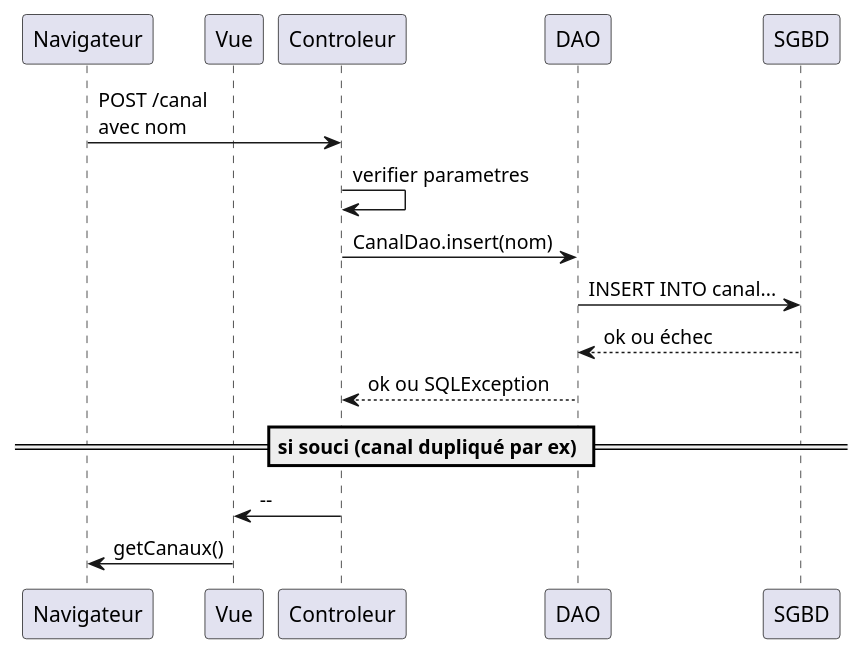
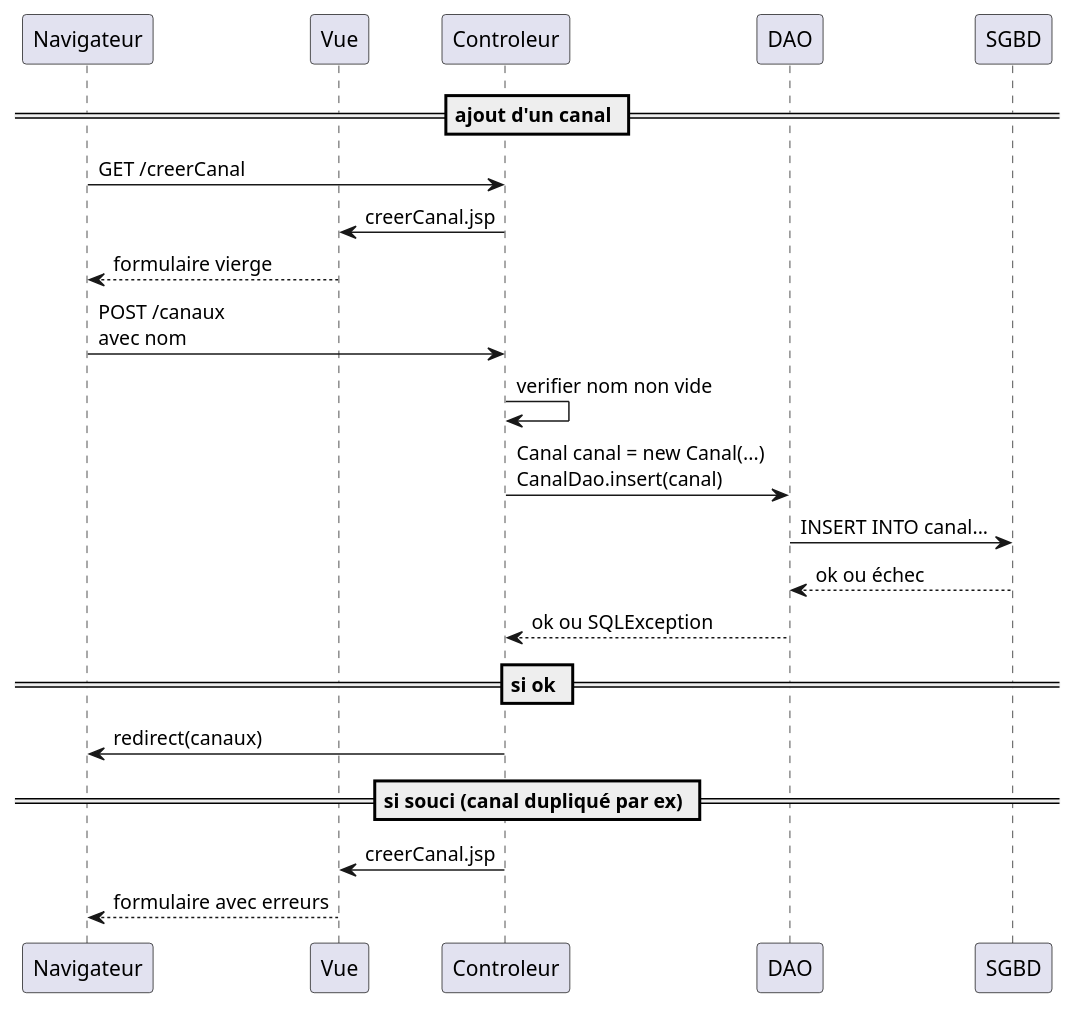
The diagram in src/main/uml/gererCanaux.puml (michel-plasse/SIOMassy2022), drawn with PlantUML before and after one commit. The commit also changed 1 other file, not shown here.

```diff
--- a/src/main/uml/gererCanaux.puml
+++ b/src/main/uml/gererCanaux.puml
@@ -1,15 +1,20 @@
 @startuml
 participant Navigateur
 participant Vue
 
-Navigateur -> Controleur: POST /canal\navec nom
-Controleur -> Controleur: verifier parametres
-Controleur -> DAO: CanalDao.insert(nom)
+== ajout d'un canal ==
+Navigateur -> Controleur: GET /creerCanal
+Controleur -> Vue: creerCanal.jsp
+Vue --> Navigateur: formulaire vierge
+Navigateur -> Controleur: POST /canaux\navec nom
+Controleur -> Controleur: verifier nom non vide
+Controleur -> DAO: Canal canal = new Canal(...)\nCanalDao.insert(canal)
 DAO -> SGBD: INSERT INTO canal...
 SGBD --> DAO: ok ou échec
 DAO --> Controleur: ok ou SQLException
+== si ok ==
+Controleur -> Navigateur: redirect(canaux)
 == si souci (canal dupliqué par ex) ==
-Controleur -> Vue: --
-Vue -> Navigateur: getCanaux()
-
+Controleur -> Vue: creerCanal.jsp
+Vue --> Navigateur: formulaire avec erreurs
 @enduml
```
